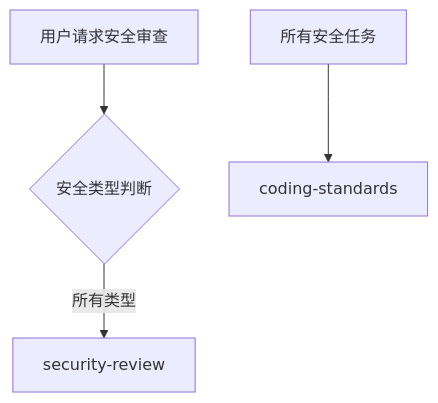
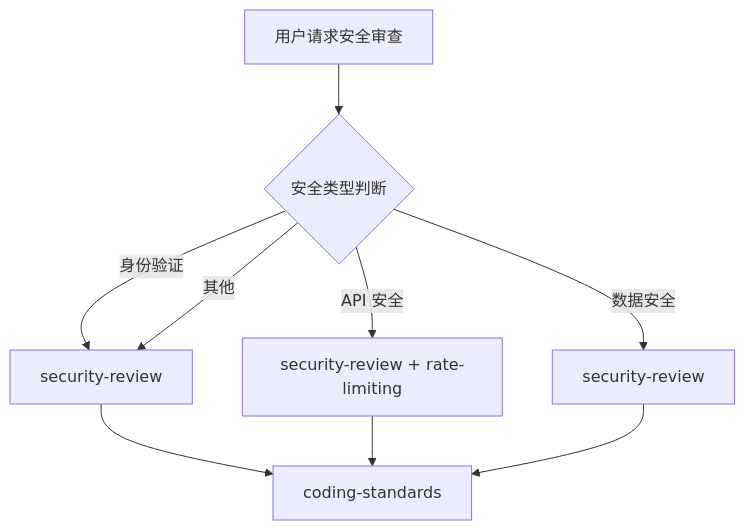
One commit to Tooooommy/Trae-Workflow changed the diagram in agents/security-team.md. Above: the diagram before and after it, drawn with Mermaid. The commit also changed other lines of this file and 11 other files, not shown here.

````diff
--- a/agents/security-team.md
+++ b/agents/security-team.md
@@ -27,7 +27,12 @@
 ```mermaid
 flowchart TD
     A[用户请求安全审查] --> B{安全类型判断}
-    B -->|所有类型| C[security-review]
-    
-    所有安全任务 --> D[coding-standards]
+    B -->|身份验证| C[security-review]
+    B -->|API 安全| D[security-review + rate-limiting]
+    B -->|数据安全| E[security-review]
+    B -->|其他| C
+
+    C --> F[coding-standards]
+    D --> F
+    E --> F
 ```
````
